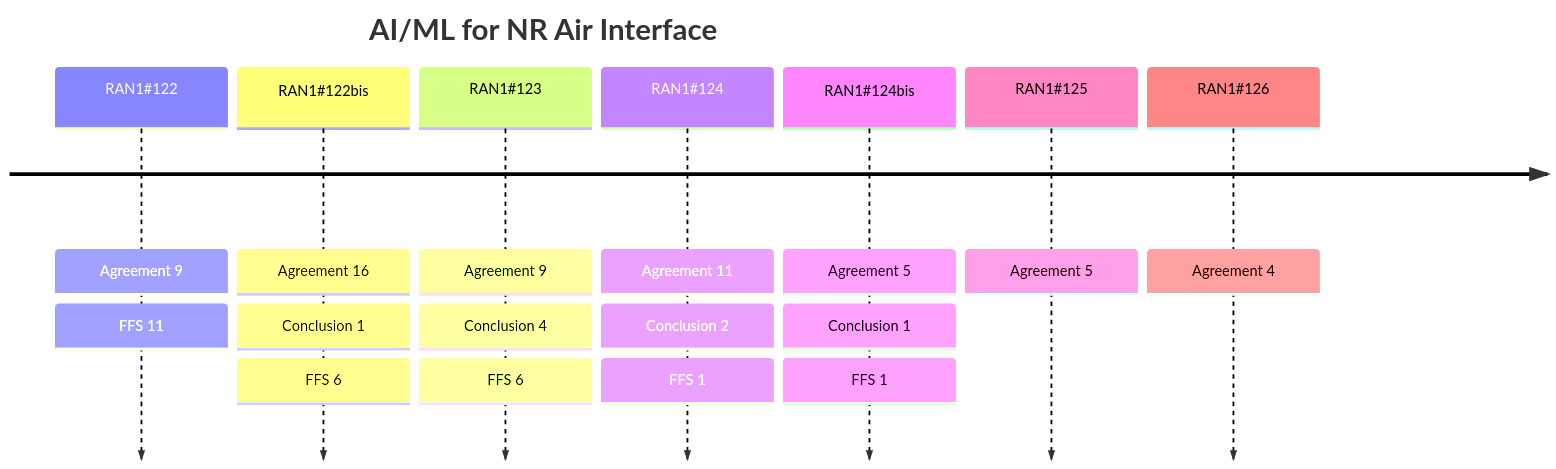
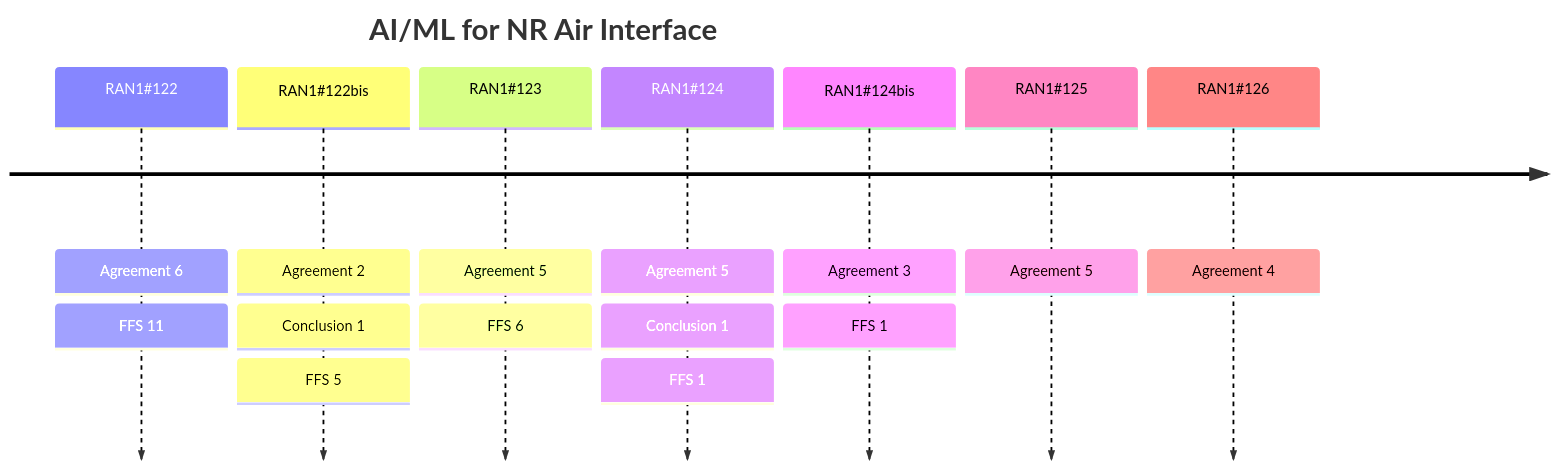
The diagram in reports/by_item/aiml_air_interface.md (jgunmoon/JG_Test_Project), drawn with Mermaid before and after one commit. The commit also changed other lines of this file and 15 other files, not shown here.

````diff
--- a/reports/by_item/aiml_air_interface.md
+++ b/reports/by_item/aiml_air_interface.md
@@ -7,11 +7,11 @@
 ```mermaid
 timeline
     title AI/ML for NR Air Interface
-    RAN1#35;122 : Agreement 9 : FFS 11
-    RAN1#35;122bis : Agreement 16 : Conclusion 1 : FFS 6
-    RAN1#35;123 : Agreement 9 : Conclusion 4 : FFS 6
-    RAN1#35;124 : Agreement 11 : Conclusion 2 : FFS 1
-    RAN1#35;124bis : Agreement 5 : Conclusion 1 : FFS 1
+    RAN1#35;122 : Agreement 6 : FFS 11
+    RAN1#35;122bis : Agreement 2 : Conclusion 1 : FFS 5
+    RAN1#35;123 : Agreement 5 : FFS 6
+    RAN1#35;124 : Agreement 5 : Conclusion 1 : FFS 1
+    RAN1#35;124bis : Agreement 3 : FFS 1
     RAN1#35;125 : Agreement 5
     RAN1#35;126 : Agreement 4
 ```
````
